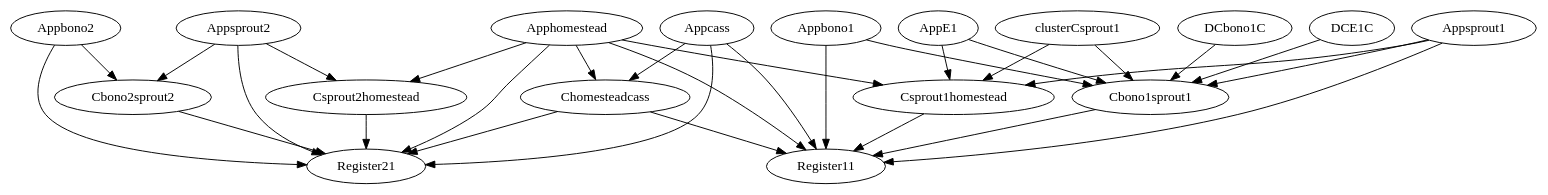
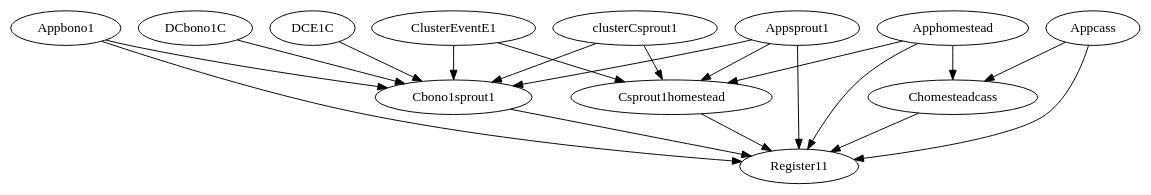
The diagram in test.dot (cherrared/FaultGraphExplorer), drawn with Graphviz before and after one commit. The commit also changed 10 other files, not shown here.

```diff
--- a/test.dot
+++ b/test.dot
@@ -1,84 +1,58 @@
 strict digraph "" {
-	Appbono2	 [SF=0,
-		T=0,
-		n=2];
-	Register21	 [SF=0,
-		T=1,
-		n=3];
-	Appbono2 -> Register21	 [at=1];
-	Cbono2sprout2	 [SF=0,
-		T=1,
-		n=2];
-	Appbono2 -> Cbono2sprout2	 [at=1];
 	Appbono1	 [SF=0,
 		T=0,
 		n=2];
 	Register11	 [SF=0,
 		T=1,
 		n=3];
 	Appbono1 -> Register11	 [at=1];
 	Cbono1sprout1	 [SF=0,
 		T=1,
 		n=2];
 	Appbono1 -> Cbono1sprout1	 [at=1];
 	Apphomestead	 [SF=0,
 		T=0,
 		n=2];
-	Apphomestead -> Register21	 [at=1];
 	Chomesteadcass	 [SF=0,
 		T=1,
 		n=2];
 	Apphomestead -> Chomesteadcass	 [at=1];
-	Csprout2homestead	 [SF=0,
-		T=1,
-		n=2];
-	Apphomestead -> Csprout2homestead	 [at=1];
 	Apphomestead -> Register11	 [at=1];
 	Csprout1homestead	 [SF=0,
 		T=1,
 		n=2];
 	Apphomestead -> Csprout1homestead	 [at=1];
 	Appsprout1	 [SF=0,
 		T=0,
 		n=2];
 	Appsprout1 -> Register11	 [at=1];
 	Appsprout1 -> Cbono1sprout1	 [at=1];
 	Appsprout1 -> Csprout1homestead	 [at=1];
-	Chomesteadcass -> Register21	 [at=1];
 	Chomesteadcass -> Register11	 [at=1];
 	Appcass	 [SF=0,
 		T=0,
 		n=2];
-	Appcass -> Register21	 [at=1];
 	Appcass -> Chomesteadcass	 [at=1];
 	Appcass -> Register11	 [at=1];
-	AppE1	 [SF=0,
+	ClusterEventE1	 [SF=1,
 		T=0,
 		n=2];
-	AppE1 -> Cbono1sprout1	 [at=1];
-	AppE1 -> Csprout1homestead	 [at=1];
-	Csprout2homestead -> Register21	 [at=1];
+	ClusterEventE1 -> Cbono1sprout1	 [at=1];
+	ClusterEventE1 -> Csprout1homestead	 [at=1];
 	clusterCsprout1	 [SF=0,
 		T=0,
 		at=0,
 		n=2];
 	clusterCsprout1 -> Cbono1sprout1	 [at=1];
 	clusterCsprout1 -> Csprout1homestead	 [at=1];
 	DCbono1C	 [SF=1,
 		T=1,
 		n=1];
 	DCbono1C -> Cbono1sprout1	 [at=1];
 	Cbono1sprout1 -> Register11	 [at=1];
 	Csprout1homestead -> Register11	 [at=1];
-	Cbono2sprout2 -> Register21	 [at=1];
 	DCE1C	 [SF=1,
 		T=1,
 		n=1];
 	DCE1C -> Cbono1sprout1	 [at=1];
-	Appsprout2	 [SF=0,
-		T=0,
-		n=2];
-	Appsprout2 -> Register21	 [at=1];
-	Appsprout2 -> Csprout2homestead	 [at=1];
-	Appsprout2 -> Cbono2sprout2	 [at=1];
 }
```
